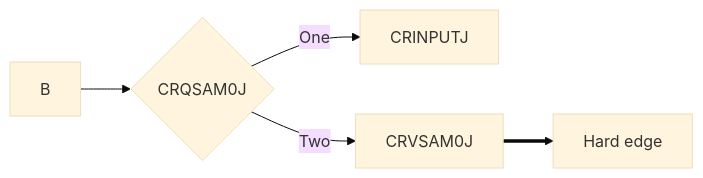
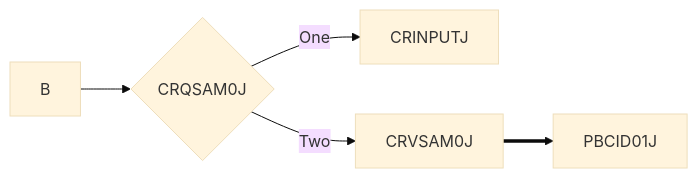
One commit to emreakdik/Cobol_Bootcamp changed the diagram in week_3/README.MD. Above: the diagram before and after it, drawn with Mermaid (base theme).

````diff
--- a/week_3/README.MD
+++ b/week_3/README.MD
@@ -1,7 +1,7 @@
 ```mermaid
 graph LR
   B --> C{CRQSAM0J}
   C -->|One| D[CRINPUTJ]
   C -->|Two| E[CRVSAM0J]
-    ==> A[Hard edge]
+    ==> A[PBCID01J]
 ```
````
